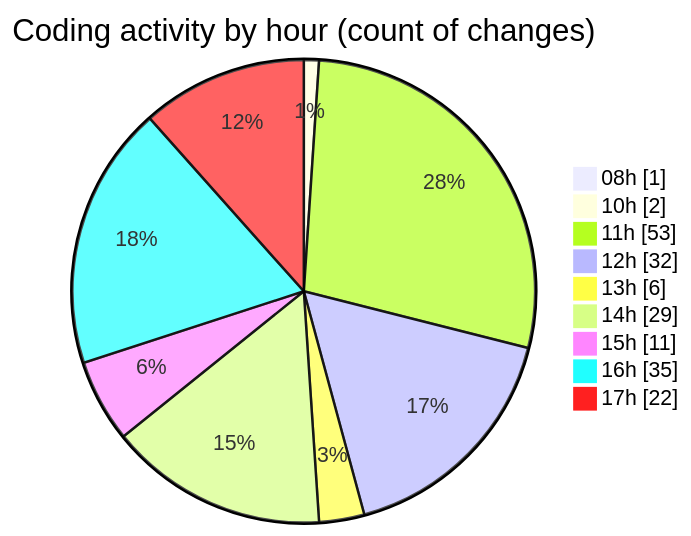
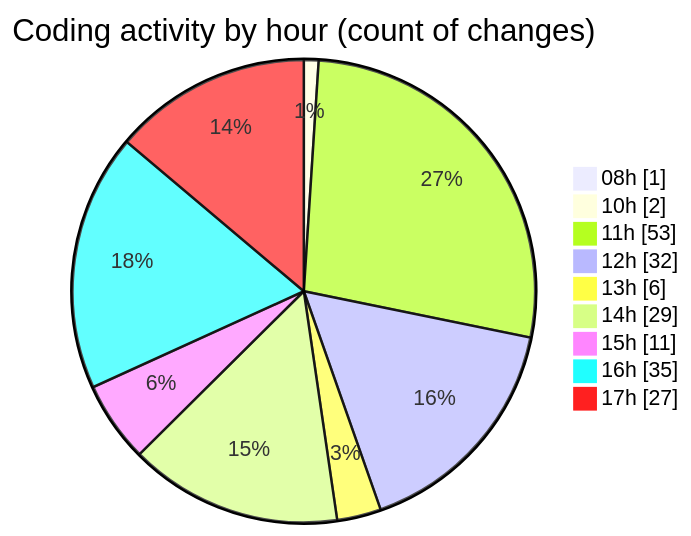
One commit to momahboobian/code-tracking changed the second of 2 diagrams in 2025-07-03/cda/README.md. Above: the diagram before and after it, drawn with Mermaid. The commit also changed other lines of this file and 1 other file, not shown here.

````diff
--- a/2025-07-03/cda/README.md
+++ b/2025-07-03/cda/README.md
@@ -54,13 +55,13 @@
 ```mermaid
 pie showData
 title Coding activity by hour (count of changes)
 "08h" : 1
 "10h" : 2
 "11h" : 53
 "12h" : 32
 "13h" : 6
 "14h" : 29
 "15h" : 11
 "16h" : 35
-"17h" : 22
+"17h" : 27
 ```
````
